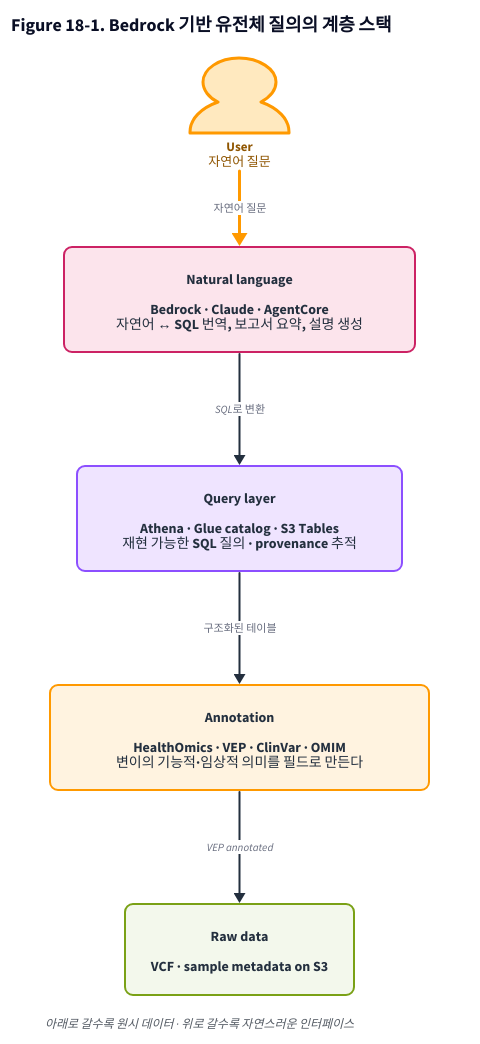
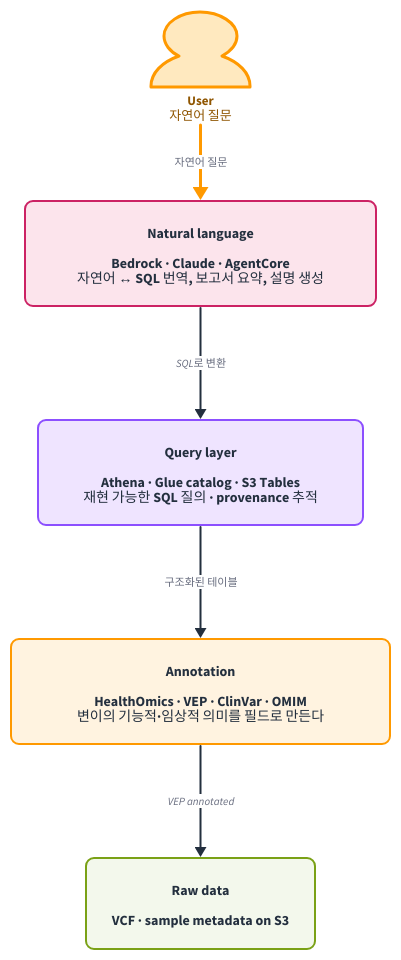
Before and after one commit to chaek-union/cloud-computing-ai-omics: the diagram in images/ch18_fig1_bedrock_stack.d2, drawn with D2. The commit also changed 30 other files, not shown here.

```diff
--- a/images/ch18_fig1_bedrock_stack.d2
+++ b/images/ch18_fig1_bedrock_stack.d2
@@ -1,92 +1,75 @@
-title: |md
-  **Figure 18-1. Bedrock 기반 유전체 질의의 계층 스택**
-| {
-  near: top-center
-  shape: text
-  style.font-size: 18
-}
-
 direction: down
 
 user: "User\n자연어 질문" {
   shape: person
   style.fill: "#FFE9BF"
   style.stroke: "#FF9900"
   style.stroke-width: 3
   style.font-size: 13
   style.font-color: "#8F5500"
 }
 
 natural_language: {
   label: "Natural language\n\nBedrock · Claude · AgentCore\n자연어 ↔ SQL 번역, 보고서 요약, 설명 생성"
   style.fill: "#FCE4EC"
   style.stroke: "#CC2264"
   style.stroke-width: 2
   style.border-radius: 8
   style.font-size: 14
   style.font-color: "#232F3E"
 }
 
 query: {
   label: "Query layer\n\nAthena · Glue catalog · S3 Tables\n재현 가능한 SQL 질의 · provenance 추적"
   style.fill: "#EFE4FF"
   style.stroke: "#8C4FFF"
   style.stroke-width: 2
   style.border-radius: 8
   style.font-size: 14
   style.font-color: "#232F3E"
 }
 
 annotation: {
   label: "Annotation\n\nHealthOmics · VEP · ClinVar · OMIM\n변이의 기능적·임상적 의미를 필드로 만든다"
   style.fill: "#FFF3E0"
   style.stroke: "#FF9900"
   style.stroke-width: 2
   style.border-radius: 8
   style.font-size: 14
   style.font-color: "#232F3E"
 }
 
 raw: {
   label: "Raw data\n\nVCF · sample metadata on S3"
   style.fill: "#F3F8EC"
   style.stroke: "#7AA116"
   style.stroke-width: 2
   style.border-radius: 8
   style.font-size: 14
   style.font-color: "#232F3E"
 }
 
 user -> natural_language: "자연어 질문" {
   style.stroke: "#FF9900"
   style.stroke-width: 3
   style.font-size: 11
   style.italic: true
 }
 
 natural_language -> query: "SQL로 변환" {
   style.stroke: "#232F3E"
   style.font-size: 11
   style.italic: true
 }
 
 query -> annotation: "구조화된 테이블" {
   style.stroke: "#232F3E"
   style.font-size: 11
   style.italic: true
 }
 
 annotation -> raw: "VEP annotated" {
   style.stroke: "#232F3E"
   style.font-size: 11
   style.italic: true
 }
-
-note: |md
-  _아래로 갈수록 원시 데이터 · 위로 갈수록 자연스러운 인터페이스_
-| {
-  near: bottom-center
-  shape: text
-  style.font-size: 12
-  style.font-color: "#545B64"
-}
```
